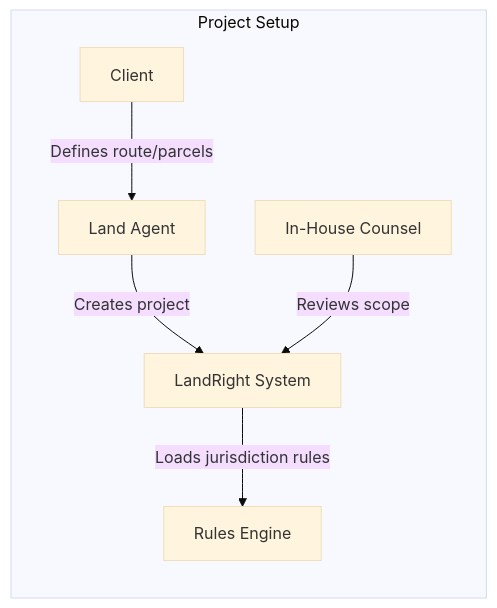
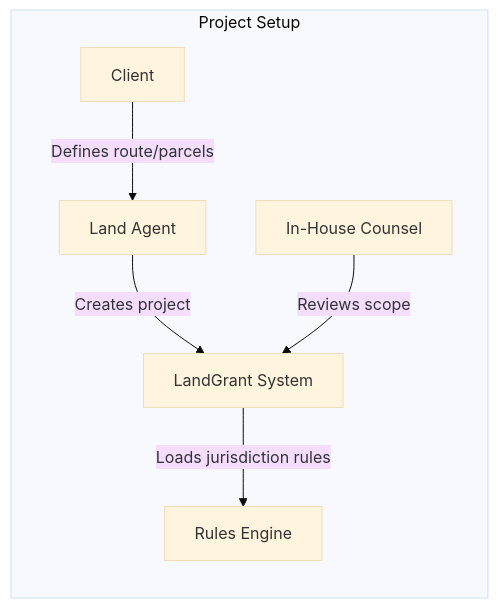
Before and after one commit to bennieking05/landgrant-mono: the first of 9 diagrams in docs/eminent-domain-workflow.md, drawn with Mermaid (base theme). The commit also changed other lines of this file and 272 other files, not shown here.

First line of the commit message:
Rebrand to LandGrant and ship Phase 2/3 platform hardening

````diff
--- a/docs/eminent-domain-workflow.md
+++ b/docs/eminent-domain-workflow.md
@@ -23,9 +23,9 @@
 ```mermaid
 flowchart LR
     subgraph init [Project Setup]
         Client[Client] -->|Defines route/parcels| Agent[Land Agent]
-        Agent -->|Creates project| LR[LandRight System]
+        Agent -->|Creates project| LR[LandGrant System]
         LR -->|Loads jurisdiction rules| Rules[Rules Engine]
         Counsel[In-House Counsel] -->|Reviews scope| LR
     end
 ```
````
